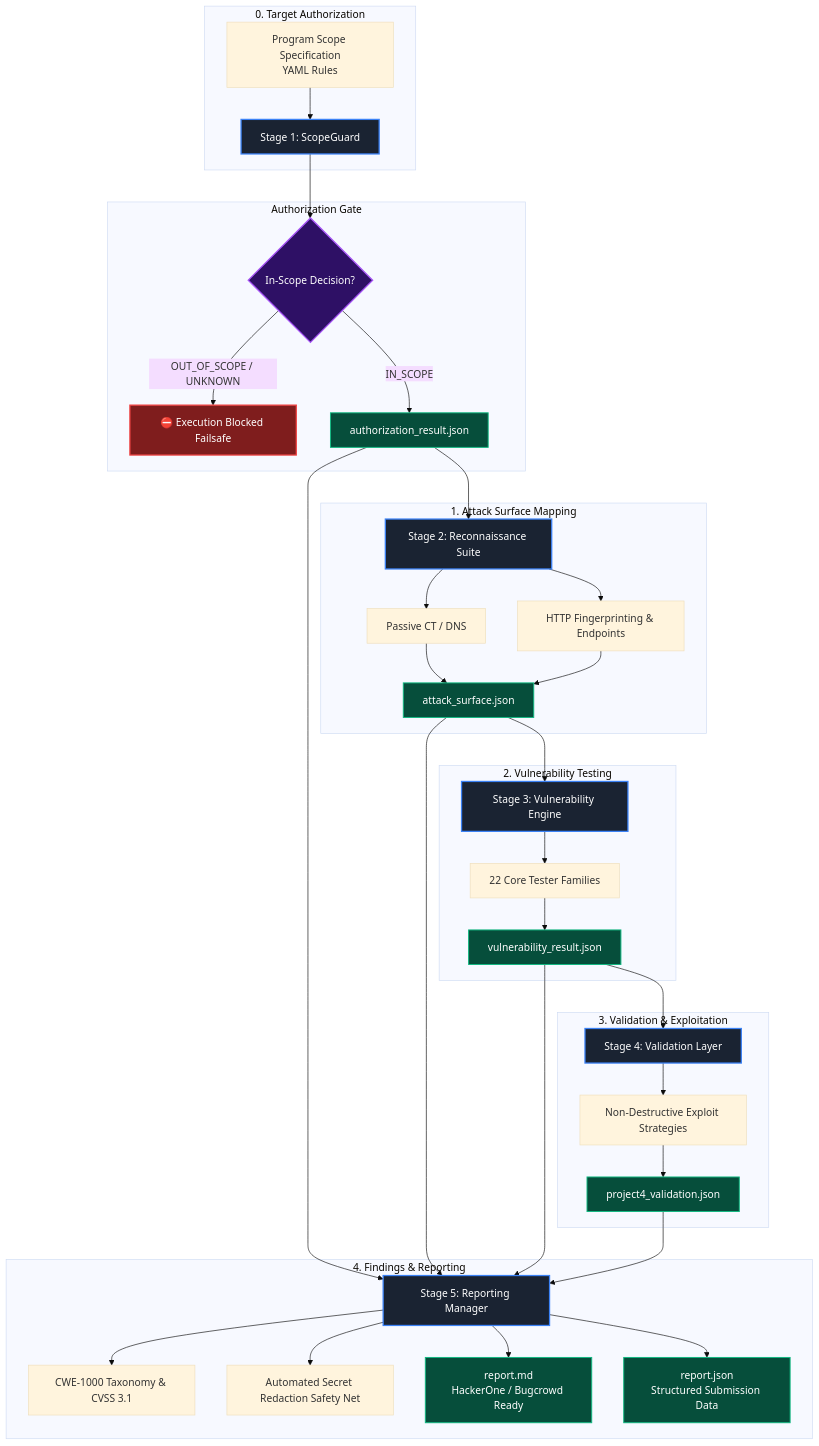
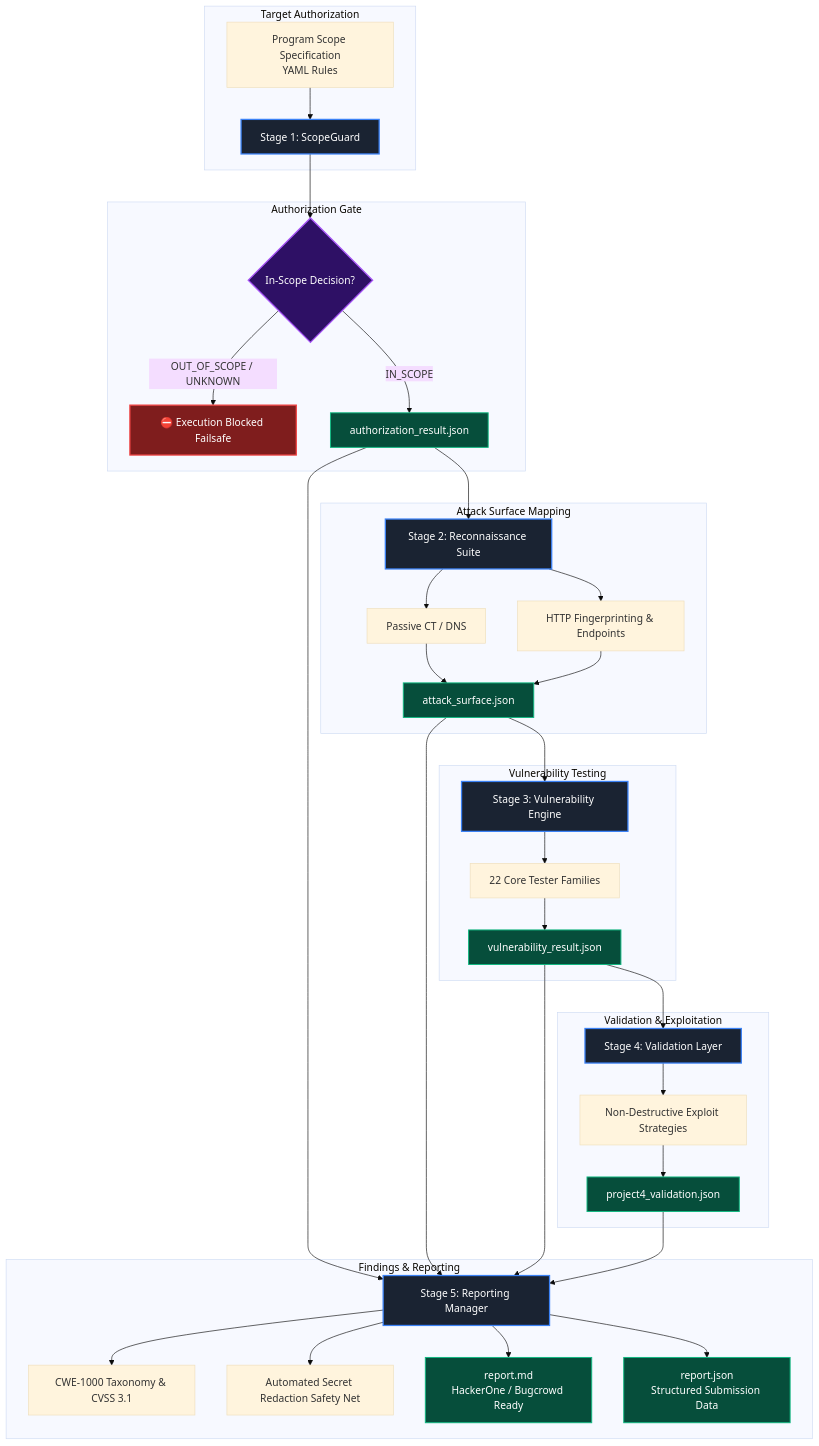
Before and after one commit to Atharva-g19/Hunt_Chain: the diagram in README.md, drawn with Mermaid (base theme). The commit also changed 5 other files, not shown here.

Commit message:
fix(ci): add package editable installs, support python 3.11+ and update README diagram

````diff
--- a/README.md
+++ b/README.md
@@ -39,49 +39,49 @@
 ```mermaid
 flowchart TD
-    subgraph Program ["0. Target Authorization"]
+    subgraph Program ["Target Authorization"]
         A[Program Scope Specification<br>YAML Rules] --> P1[Stage 1: ScopeGuard]
     end
 
     subgraph Gate ["Authorization Gate"]
         P1 --> G{In-Scope Decision?}
         G -- OUT_OF_SCOPE / UNKNOWN --> Halt[⛔ Execution Blocked Failsafe]
         G -- IN_SCOPE --> AuthArt[authorization_result.json]
     end
 
-    subgraph Recon ["1. Attack Surface Mapping"]
+    subgraph Recon ["Attack Surface Mapping"]
         AuthArt --> P2[Stage 2: Reconnaissance Suite]
         P2 --> P2_Passive[Passive CT / DNS]
         P2 --> P2_Active[HTTP Fingerprinting & Endpoints]
         P2_Passive & P2_Active --> ASM[attack_surface.json]
     end
 
-    subgraph Vuln ["2. Vulnerability Testing"]
+    subgraph Vuln ["Vulnerability Testing"]
         ASM --> P3[Stage 3: Vulnerability Engine]
         P3 --> P3_Families[22 Core Tester Families]
         P3_Families --> P3_Out[vulnerability_result.json]
     end
 
-    subgraph Valid ["3. Validation & Exploitation"]
+    subgraph Valid ["Validation & Exploitation"]
         P3_Out --> P4[Stage 4: Validation Layer]
         P4 --> P4_Strat[Non-Destructive Exploit Strategies]
         P4_Strat --> P4_Out[project4_validation.json]
     end
 
-    subgraph Report ["4. Findings & Reporting"]
+    subgraph Report ["Findings & Reporting"]
         AuthArt & ASM & P3_Out & P4_Out --> P5[Stage 5: Reporting Manager]
         P5 --> P5_CWE[CWE-1000 Taxonomy & CVSS 3.1]
         P5 --> P5_Redact[Automated Secret Redaction Safety Net]
         P5 --> R_MD[report.md<br>HackerOne / Bugcrowd Ready]
         P5 --> R_JSON[report.json<br>Structured Submission Data]
     end
 
     classDef stage fill:#1a2332,stroke:#3b82f6,stroke-width:2px,color:#fff;
     classDef gate fill:#2e1065,stroke:#a855f7,stroke-width:2px,color:#fff;
     classDef artifact fill:#064e3b,stroke:#10b981,stroke-width:1.5px,color:#fff;
     classDef halt fill:#7f1d1d,stroke:#ef4444,stroke-width:2px,color:#fff;
 
     class P1,P2,P3,P4,P5 stage;
     class G gate;
     class AuthArt,ASM,P3_Out,P4_Out,R_MD,R_JSON artifact;
     class Halt halt;
 ```
````
